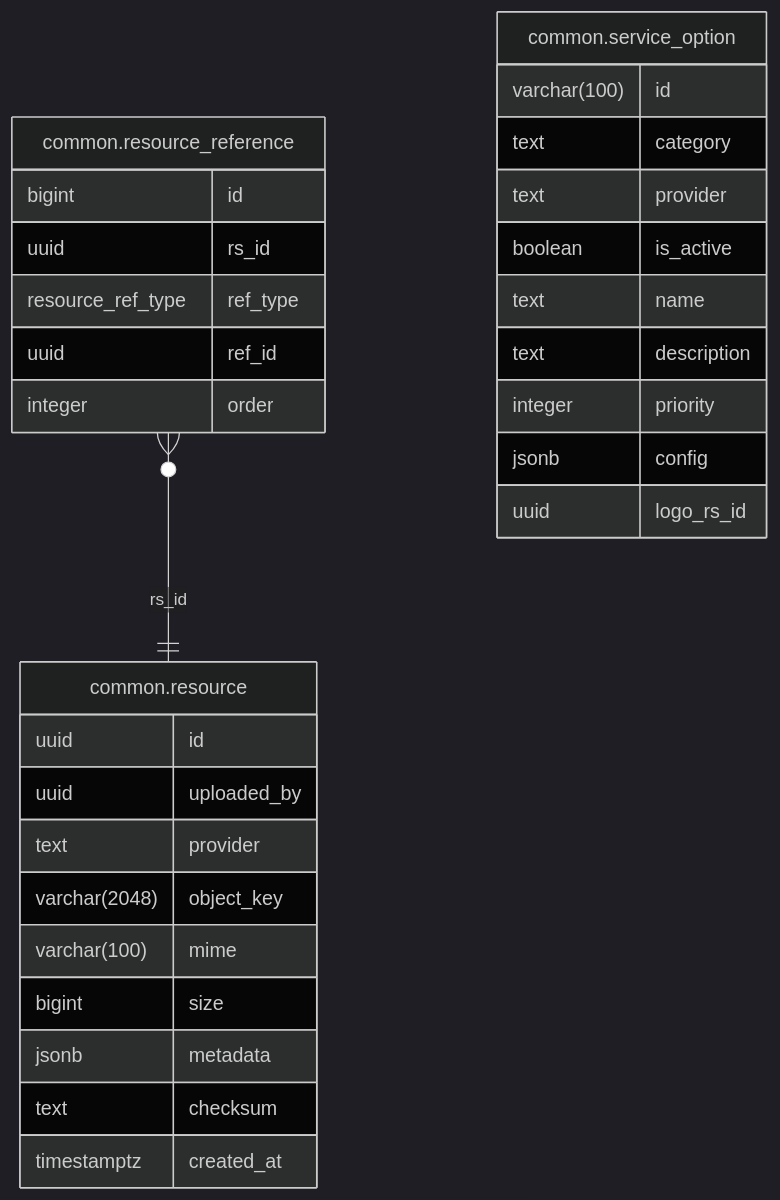
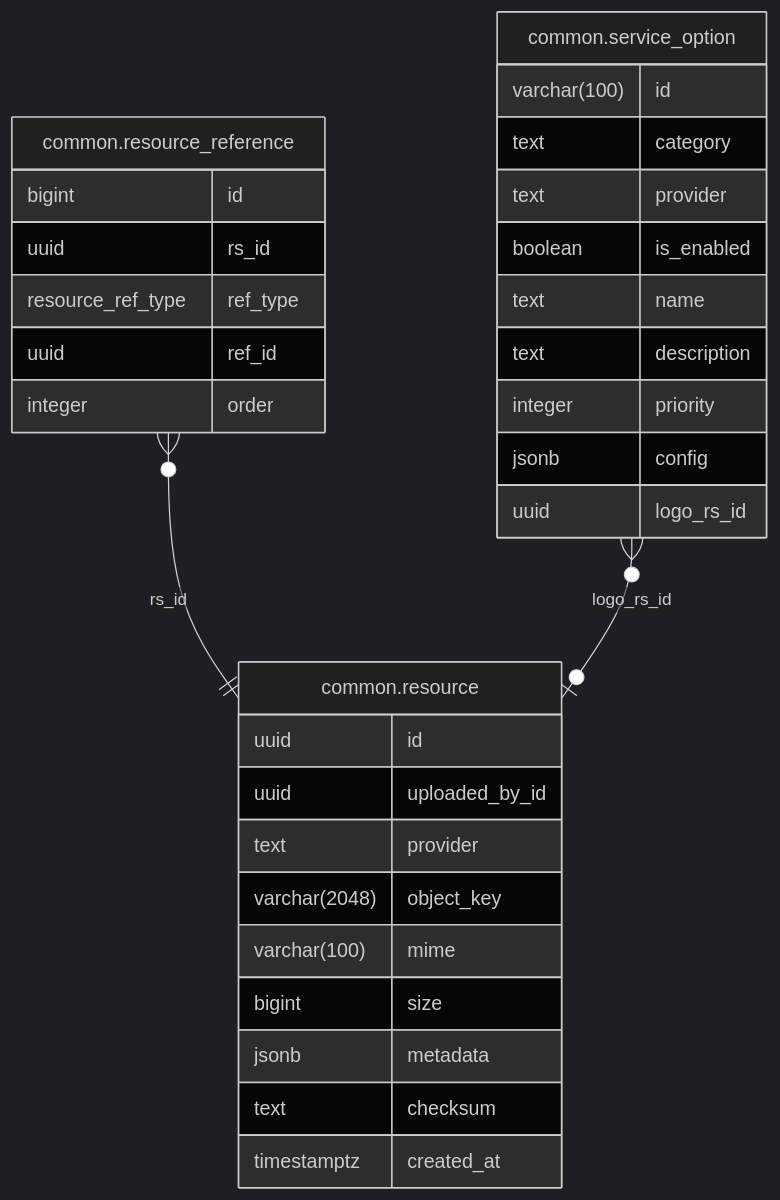
One commit to shopnexus/shopnexus-server changed the diagram in internal/module/common/README.md. Above: the diagram before and after it, drawn with Mermaid (dark theme). The commit also changed 8 other files, not shown here.

Commit message:
update schema

````diff
--- a/internal/module/common/README.md
+++ b/internal/module/common/README.md
@@ -10,34 +10,35 @@
 ```mermaid
 erDiagram
 "common.resource_reference" }o--|| "common.resource" : "rs_id"
+"common.service_option" }o--|o "common.resource" : "logo_rs_id"
 
 "common.resource" {
   uuid id
-  uuid uploaded_by
+  uuid uploaded_by_id
   text provider
   varchar(2048) object_key
   varchar(100) mime
   bigint size
   jsonb metadata
   text checksum
   timestamptz created_at
 }
 "common.resource_reference" {
   bigint id
   uuid rs_id
   resource_ref_type ref_type
   uuid ref_id
   integer order
 }
 "common.service_option" {
   varchar(100) id
   text category
   text provider
-  boolean is_active
+  boolean is_enabled
   text name
   text description
   integer priority
   jsonb config
   uuid logo_rs_id
 }
 ```
````
